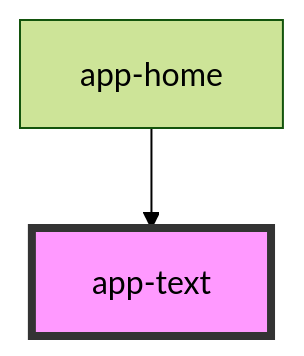
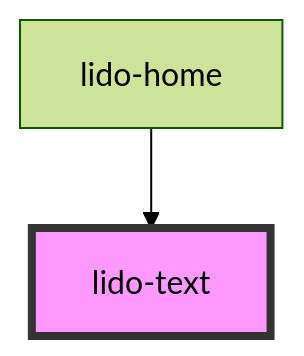
The diagram in src/components/text/readme.md (chimple/lido-player), drawn with Mermaid (forest theme) before and after one commit. The commit also changed other lines of this file and 40 other files, not shown here.

````diff
--- a/src/components/text/readme.md
+++ b/src/components/text/readme.md
@@ -45,5 +44,5 @@
 ```mermaid
 graph TD;
-  app-home --> app-text
-  style app-text fill:#f9f,stroke:#333,stroke-width:4px
+  lido-home --> lido-text
+  style lido-text fill:#f9f,stroke:#333,stroke-width:4px
 ```
````
